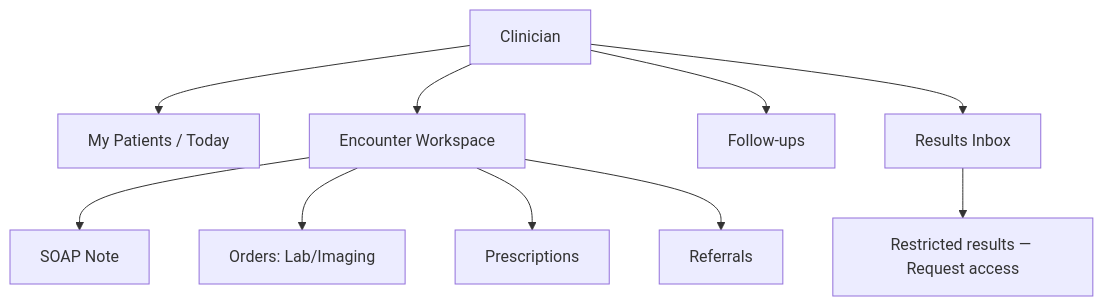
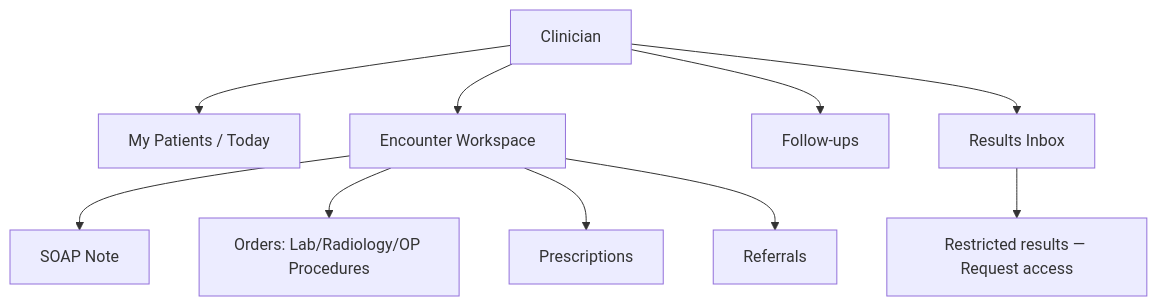
Before and after one commit to MohabFikry/HBMP: the second of 14 diagrams in HBMP-Design/14-navigation-structure.md, drawn with Mermaid. The commit also changed other lines of this file and 147 other files, not shown here.

First line of the commit message:
feat(phase-29): Radiology rename, OP Procedures, service history, chronic prescribing

````diff
--- a/HBMP-Design/14-navigation-structure.md
+++ b/HBMP-Design/14-navigation-structure.md
@@ -60,12 +60,12 @@
 ```mermaid
 flowchart TD
     D[Clinician] --> D1[My Patients / Today]
     D --> D2[Encounter Workspace]
     D2 --> D2a[SOAP Note]
-    D2 --> D2b[Orders: Lab/Imaging]
+    D2 --> D2b[Orders: Lab/Radiology/OP Procedures]
     D2 --> D2c[Prescriptions]
     D2 --> D2d[Referrals]
     D --> D3[Follow-ups]
     D --> D4[Results Inbox]
     D4 --> D4a[Restricted results — Request access]
 ```
````
